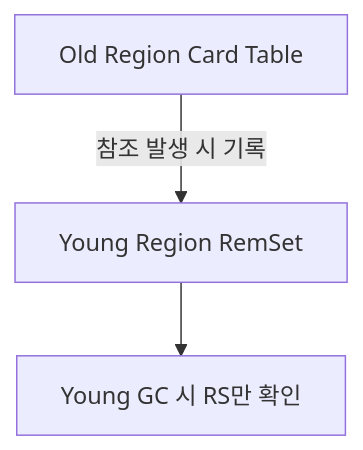
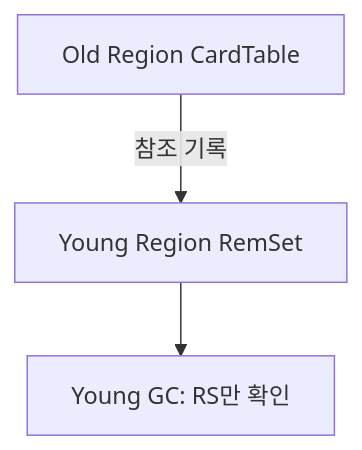
Before and after one commit to yjkim2015/yjkim2015.github.io: diagram 16 of 29 in _posts/java/2026-05-01-java-garbage-collector.md, drawn with Mermaid. The commit also changed other lines of this file and 48 other files, not shown here.

First line of the commit message:
Mermaid 최종 47건 수정: participant/노드/줄수/라벨 전부 기준 이하

````diff
--- a/_posts/java/2026-05-01-java-garbage-collector.md
+++ b/_posts/java/2026-05-01-java-garbage-collector.md
@@ -310,6 +307,6 @@
 ```mermaid
 graph TD
-    CT["Old Region Card Table"] -->|"참조 발생 시 기록"| RS["Young Region RemSet"]
-    NOTE["Young GC 시 RS만 확인"]
+    CT["Old Region CardTable"] -->|"참조 기록"| RS["Young Region RemSet"]
+    NOTE["Young GC: RS만 확인"]
     RS --> NOTE
 ```
````
